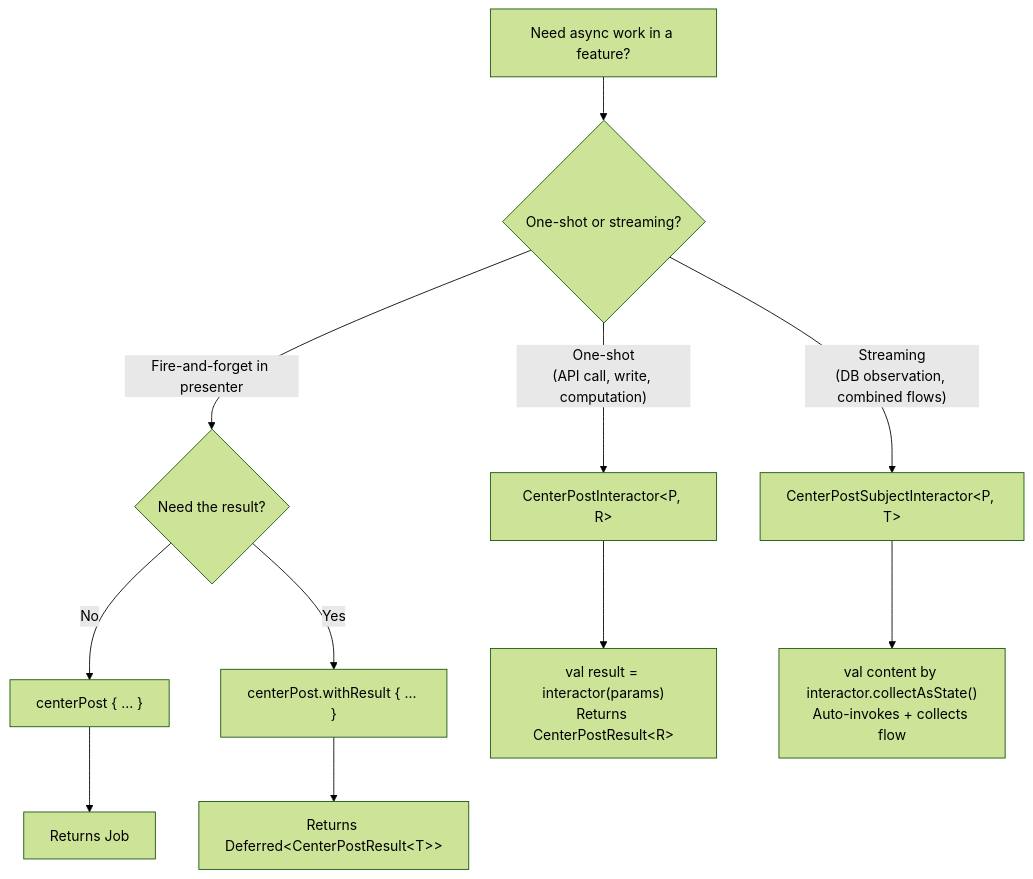
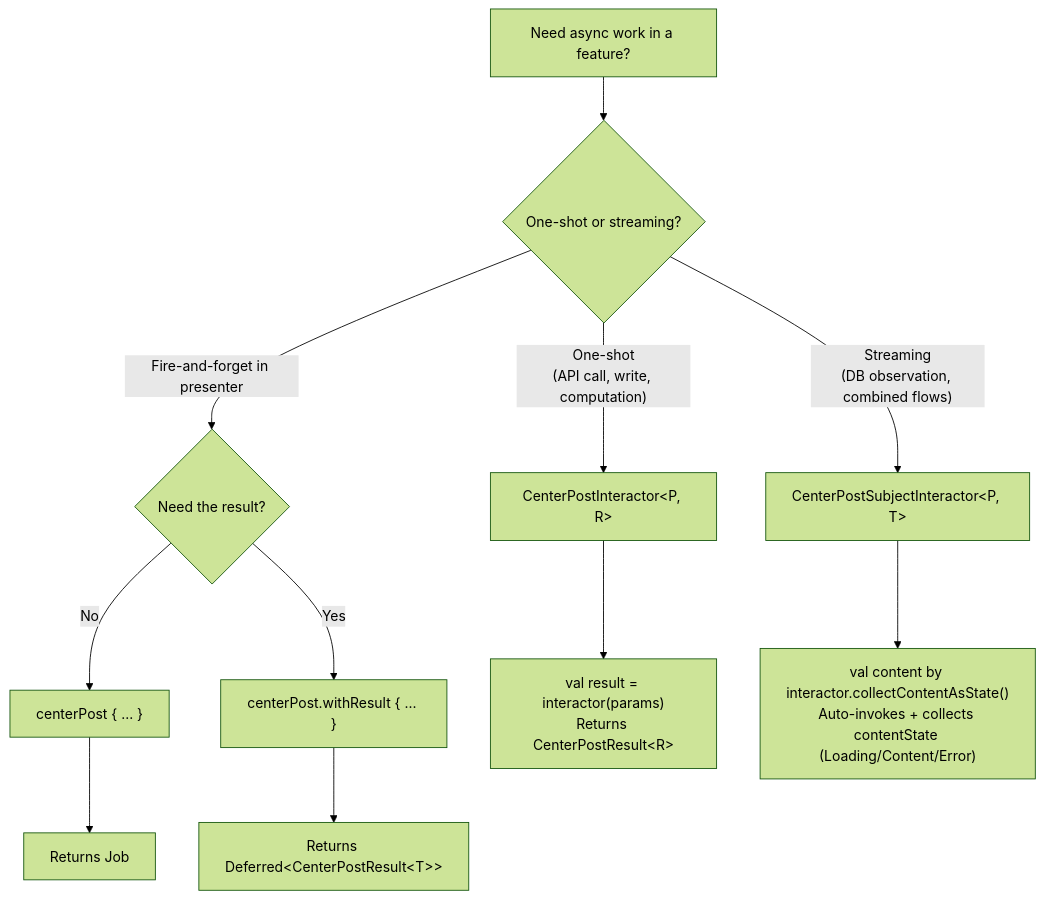
One commit to jkjamies/MockDonalds changed the second of 4 diagrams in .agents/standards/centerpost.md. Above: the diagram before and after it, drawn with Mermaid (forest theme). The commit also changed other lines of this file and 79 other files, not shown here.

First line of the commit message:
Make the architecture enforceable: portable build, CI, Konsist gaps, iOS framework surface (#3)

````diff
--- a/.agents/standards/centerpost.md
+++ b/.agents/standards/centerpost.md
@@ -52,14 +52,14 @@
 ```mermaid
 flowchart TD
     Start["Need async work in a feature?"] --> Q1{"One-shot or streaming?"}
     Q1 -->|"One-shot<br/>(API call, write, computation)"| Interactor["CenterPostInteractor&lt;P, R&gt;"]
     Q1 -->|"Streaming<br/>(DB observation, combined flows)"| Subject["CenterPostSubjectInteractor&lt;P, T&gt;"]
     Q1 -->|"Fire-and-forget in presenter"| Q2{"Need the result?"}
     Q2 -->|"No"| Launcher["centerPost { ... }"]
     Q2 -->|"Yes"| WithResult["centerPost.withResult { ... }"]
 
     Interactor --> Invoke["val result = interactor(params)<br/>Returns CenterPostResult&lt;R&gt;"]
-    Subject --> Collect["val content by interactor.collectAsState()<br/>Auto-invokes + collects flow"]
+    Subject --> Collect["val content by interactor.collectContentAsState()<br/>Auto-invokes + collects contentState (Loading/Content/Error)"]
     Launcher --> Job["Returns Job"]
     WithResult --> Deferred["Returns Deferred&lt;CenterPostResult&lt;T&gt;&gt;"]
 ```
````
